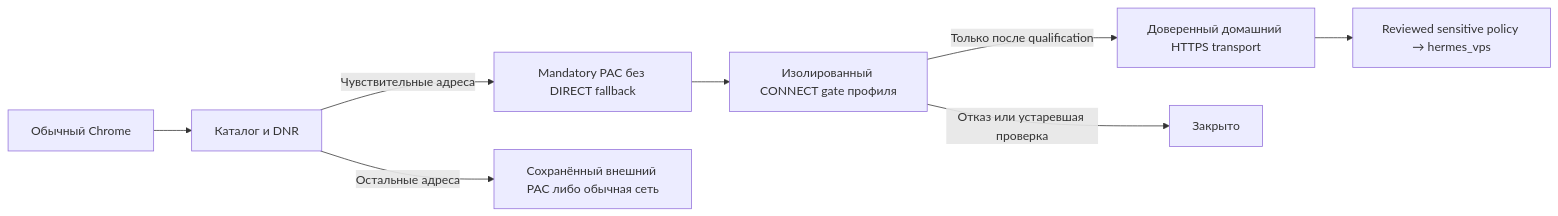
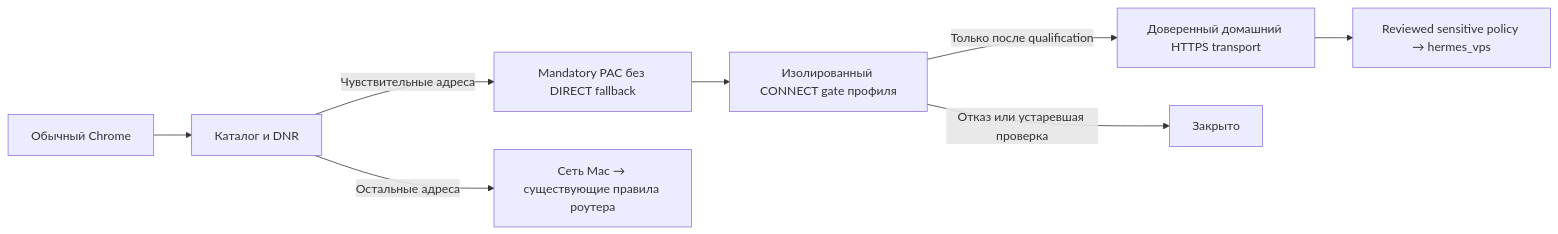
Before and after one commit to eiler2005/ghostroute: the diagram in modules/mac-privacy-guard/docs/strict-mode.md, drawn with Mermaid. The commit also changed other lines of this file and 26 other files, not shown here.

````diff
--- a/modules/mac-privacy-guard/docs/strict-mode.md
+++ b/modules/mac-privacy-guard/docs/strict-mode.md
@@ -23,10 +29,10 @@
 ```mermaid
 flowchart LR
     chrome[Обычный Chrome] --> policy[Каталог и DNR]
     policy -->|Чувствительные адреса| pac[Mandatory PAC без DIRECT fallback]
     pac --> gate[Изолированный CONNECT gate профиля]
     gate -->|Только после qualification| home[Доверенный домашний HTTPS transport]
     home --> sensitive[Reviewed sensitive policy → hermes_vps]
-    policy -->|Остальные адреса| normal[Сохранённый внешний PAC либо обычная сеть]
+    policy -->|Остальные адреса| normal[Сеть Mac → существующие правила роутера]
     gate -->|Отказ или устаревшая проверка| closed[Закрыто]
 ```
````
